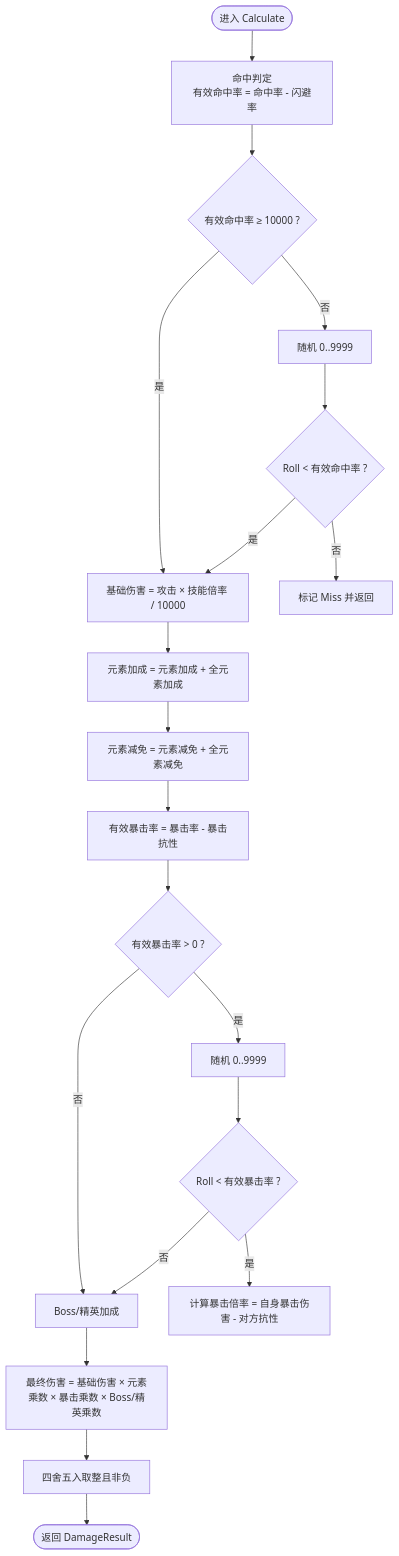
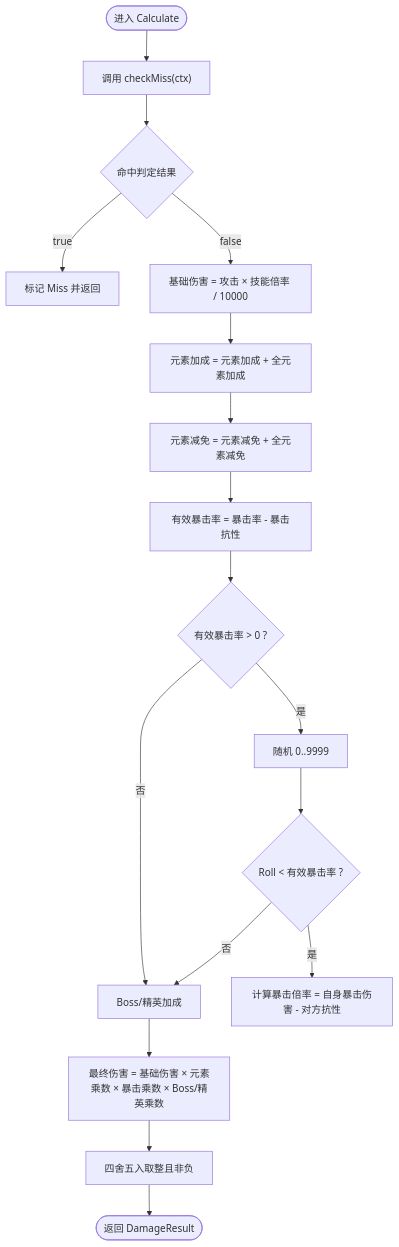
Before and after one commit to Tuusen/p1_client: the third of 7 diagrams in .qoder/repowiki/zh/content/战斗系统/伤害计算系统.md, drawn with Mermaid. The commit also changed other lines of this file and 11 other files, not shown here.

````diff
--- a/.qoder/repowiki/zh/content/战斗系统/伤害计算系统.md
+++ b/.qoder/repowiki/zh/content/战斗系统/伤害计算系统.md
@@ -146,22 +170,19 @@
 ```mermaid
 flowchart TD
-Start(["进入 Calculate"]) --> HitCheck["命中判定<br/>有效命中率 = 命中率 - 闪避率"]
-HitCheck --> HitValid{"有效命中率 ≥ 10000 ?"}
-HitValid --> |是| BaseDmg["基础伤害 = 攻击 × 技能倍率 / 10000"]
-HitValid --> |否| Roll["随机 0..9999"]
-Roll --> HitRoll{"Roll < 有效命中率 ?"}
-HitRoll --> |否| Miss["标记 Miss 并返回"]
-HitRoll --> |是| BaseDmg
+Start(["进入 Calculate"]) --> CheckMiss["调用 checkMiss(ctx)"]
+CheckMiss --> HitValid{"命中判定结果"}
+HitValid --> |true| Miss["标记 Miss 并返回"]
+HitValid --> |false| BaseDmg["基础伤害 = 攻击 × 技能倍率 / 10000"]
 BaseDmg --> ElemBonus["元素加成 = 元素加成 + 全元素加成"]
 ElemBonus --> ElemReduce["元素减免 = 元素减免 + 全元素减免"]
 ElemReduce --> CritCheck["有效暴击率 = 暴击率 - 暴击抗性"]
 CritCheck --> CritValid{"有效暴击率 > 0 ?"}
 CritValid --> |否| BossElite["Boss/精英加成"]
 CritValid --> |是| CritRoll["随机 0..9999"]
 CritRoll --> CritHit{"Roll < 有效暴击率 ?"}
 CritHit --> |否| BossElite
 CritHit --> |是| CritCalc["计算暴击倍率 = 自身暴击伤害 - 对方抗性"]
 BossElite --> FinalCalc["最终伤害 = 基础伤害 × 元素乘数 × 暴击乘数 × Boss/精英乘数"]
 FinalCalc --> Round["四舍五入取整且非负"]
 Round --> End(["返回 DamageResult"])
 ```
````
